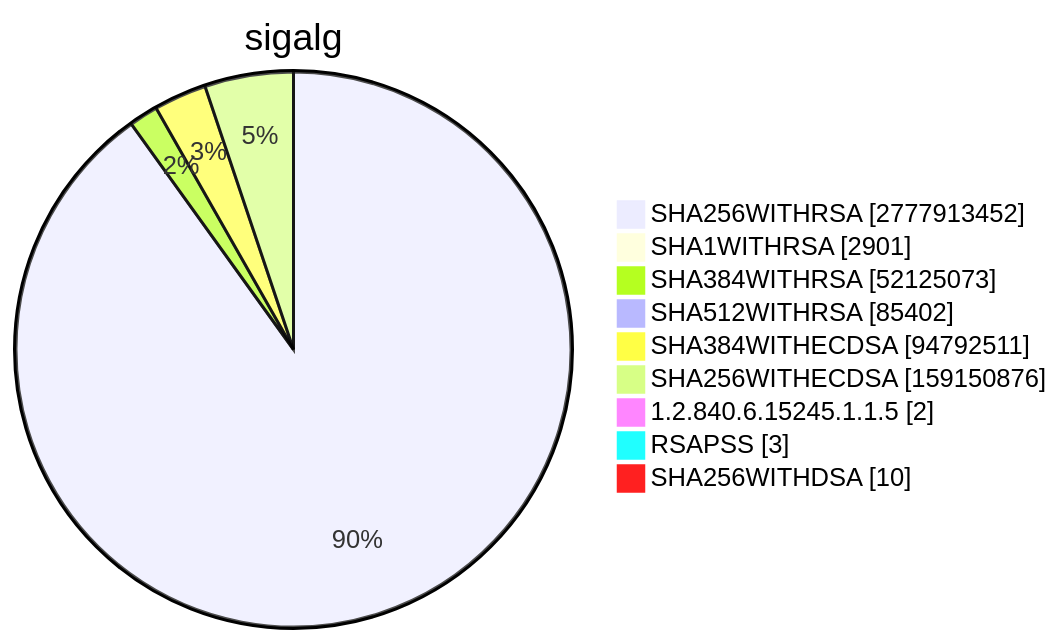
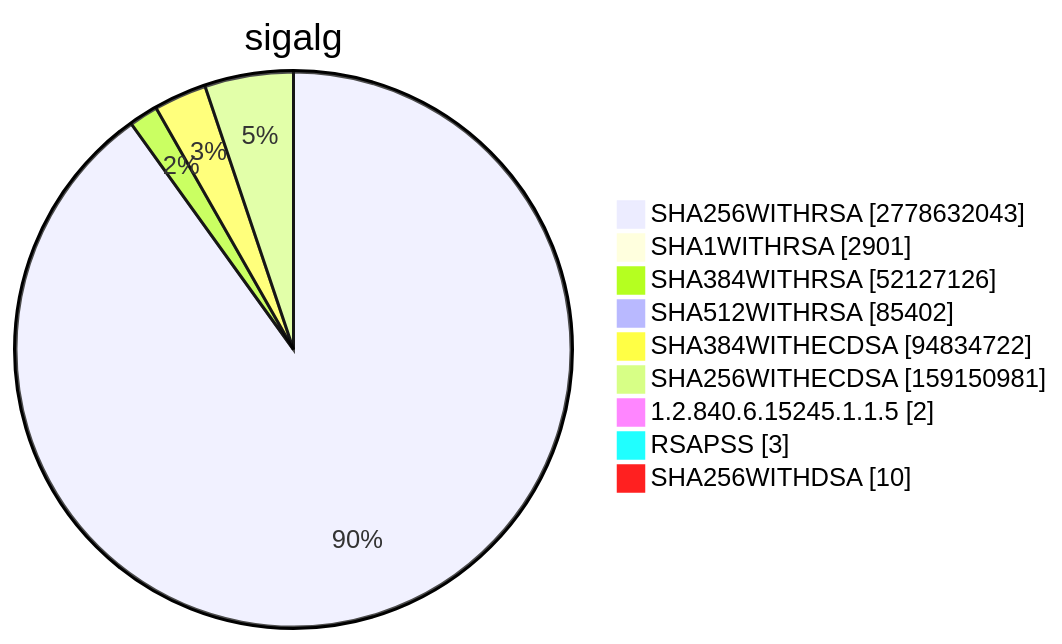
Before and after one commit to christiankrug/ctmonitor_visualization: diagram 15 of 15 in TOTAL/README.md, drawn with Mermaid. The commit also changed other lines of this file, not shown here.

````diff
--- a/TOTAL/README.md
+++ b/TOTAL/README.md
@@ -6205,13 +6205,13 @@
 ```mermaid
 pie showData
 title sigalg
-"SHA256WITHRSA" :2777913452
+"SHA256WITHRSA" :2778632043
 "SHA1WITHRSA" :2901
-"SHA384WITHRSA" :52125073
+"SHA384WITHRSA" :52127126
 "SHA512WITHRSA" :85402
-"SHA384WITHECDSA" :94792511
-"SHA256WITHECDSA" :159150876
+"SHA384WITHECDSA" :94834722
+"SHA256WITHECDSA" :159150981
 "1.2.840.6.15245.1.1.5" :2
 "RSAPSS" :3
 "SHA256WITHDSA" :10
 ```
````
